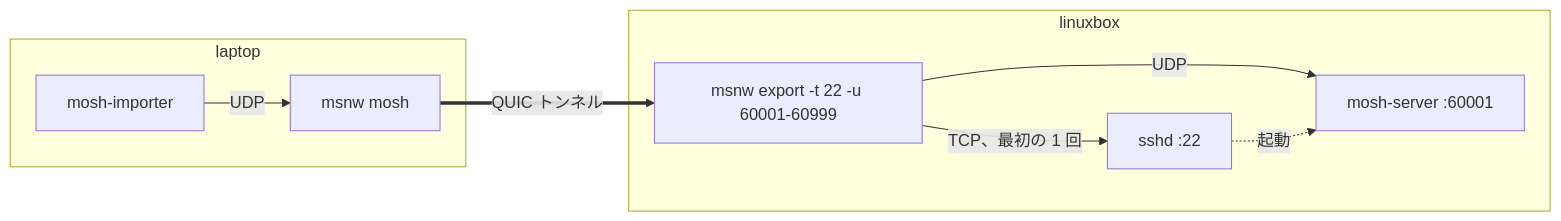
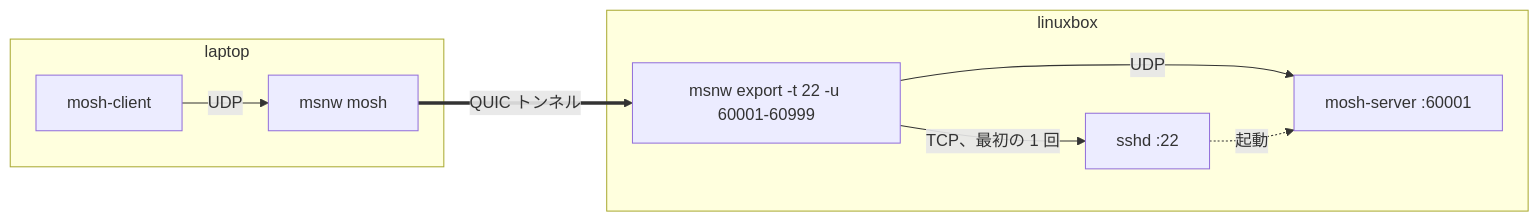
One commit to ikeji/mysmallnetwork changed the fourth of 7 diagrams in README.ja.md. Above: the diagram before and after it, drawn with Mermaid. The commit also changed other lines of this file and 1 other file, not shown here.

````diff
--- a/README.ja.md
+++ b/README.ja.md
@@ -135,12 +135,12 @@
 ```mermaid
 flowchart LR
     subgraph laptop
-        mc["mosh-importer"] -->|UDP| mm["msnw mosh"]
+        mc["mosh-client"] -->|UDP| mm["msnw mosh"]
     end
     subgraph linuxbox
         ex["msnw export -t 22 -u 60001-60999"] -->|UDP| ms["mosh-server :60001"]
         ex -->|"TCP、最初の 1 回"| sshd["sshd :22"]
         sshd -.->|起動| ms
     end
     mm ==>|QUIC トンネル| ex
 ```
````
